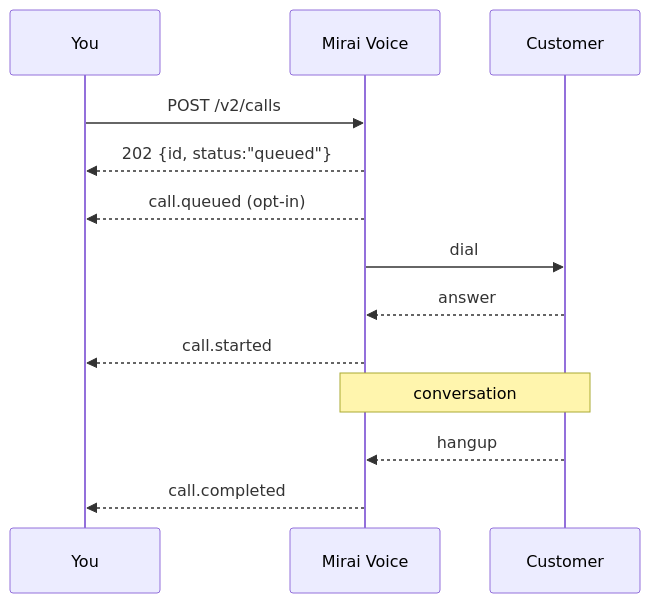
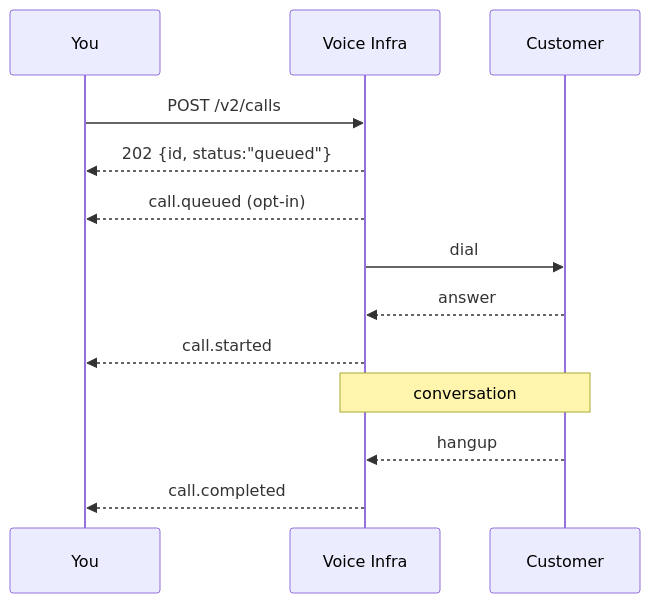
One commit to MiraiMinds/docs changed the diagram in v2/webhooks.mdx. Above: the diagram before and after it, drawn with Mermaid. The commit also changed 14 other files, not shown here.

````diff
--- a/v2/webhooks.mdx
+++ b/v2/webhooks.mdx
@@ -113,16 +113,16 @@
 ```mermaid
 sequenceDiagram
     participant You
-    participant API as Mirai Voice
+    participant API as Voice Infra
     participant Phone as Customer
 
     You->>API: POST /v2/calls
     API-->>You: 202 {id, status:"queued"}
     API-->>You: call.queued (opt-in)
     API->>Phone: dial
     Phone-->>API: answer
     API-->>You: call.started
     Note over API,Phone: conversation
     Phone-->>API: hangup
     API-->>You: call.completed
 ```
````
